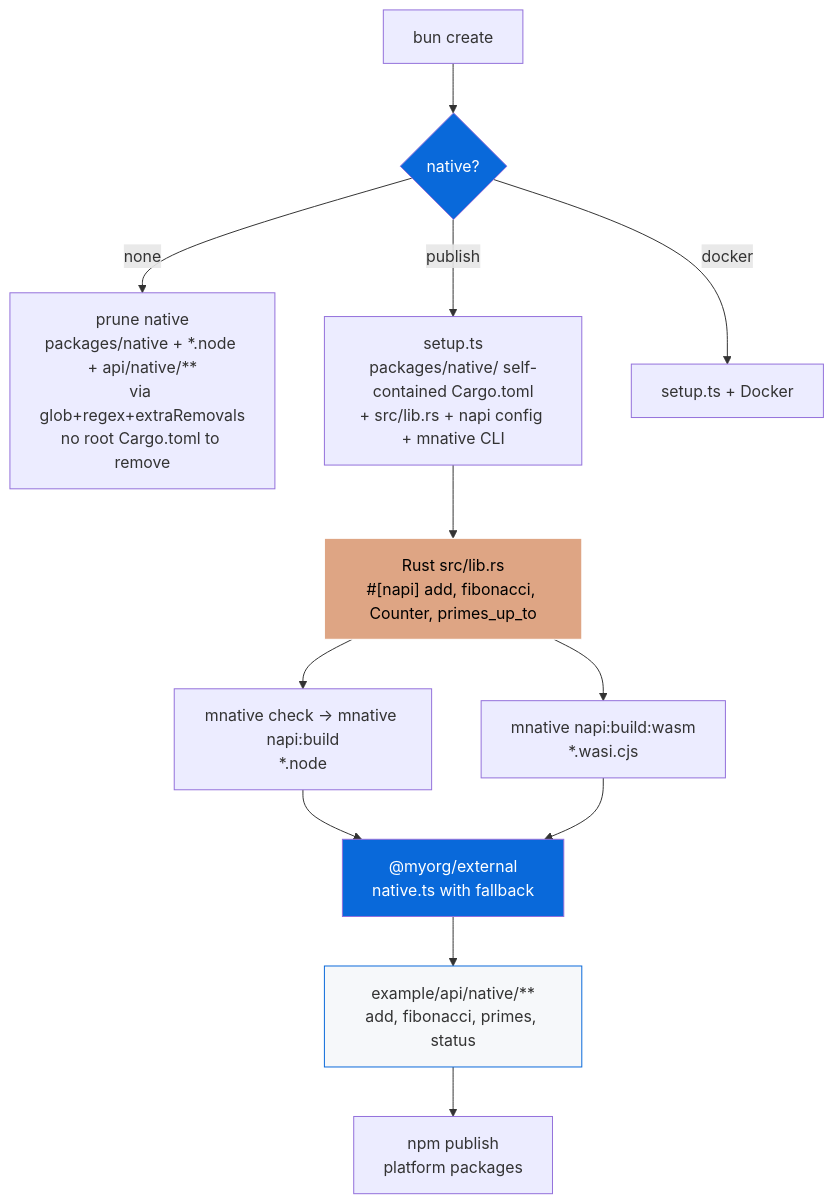
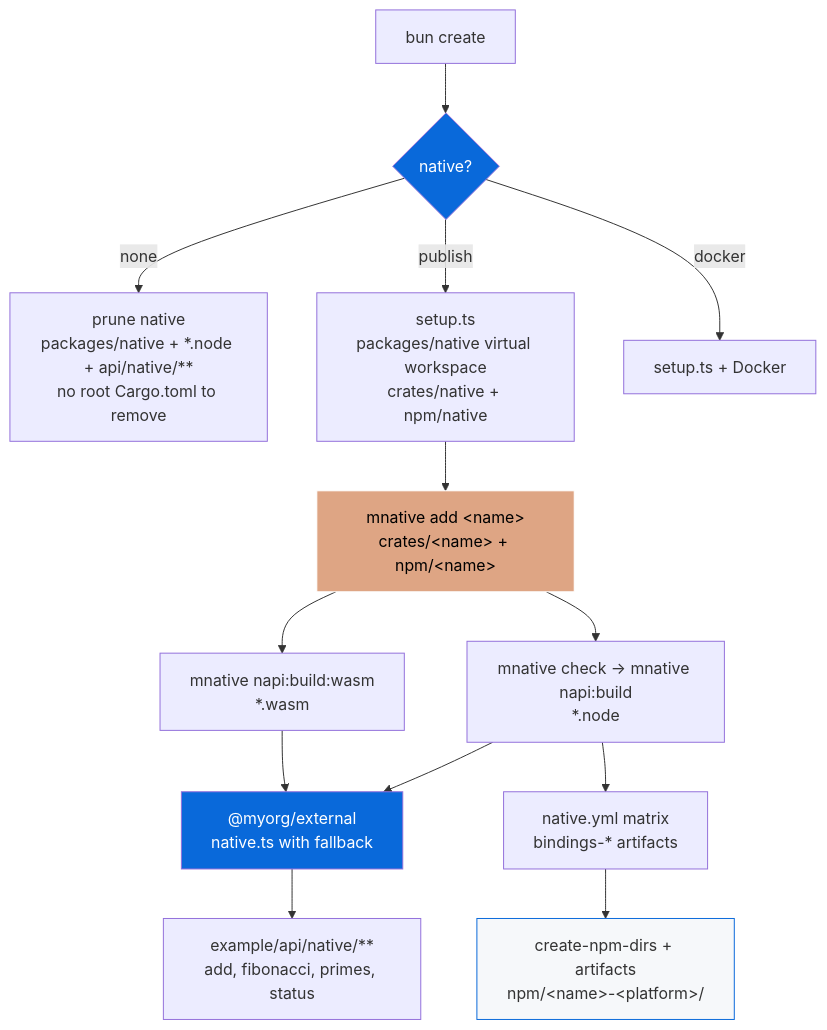
The diagram in configs/native/README.md (Archont561/ts-monorepo-template), drawn with Mermaid before and after one commit. The commit also changed other lines of this file and 16 other files, not shown here.

First line of the commit message:
docs(native): document the workspace layout, CI matrix and docker build

````diff
--- a/configs/native/README.md
+++ b/configs/native/README.md
@@ -134,19 +195,20 @@
 ```mermaid
 graph TD
     A[bun create] --> B{native?}
-    B -->|none| C["prune native<br/>packages/native + *.node + api/native/**<br/>via glob+regex+extraRemovals<br/>no root Cargo.toml to remove"]
-    B -->|publish| D["setup.ts<br/>packages/native/ self-contained Cargo.toml<br/>+ src/lib.rs + napi config + mnative CLI"]
+    B -->|none| C["prune native<br/>packages/native + *.node + api/native/**<br/>no root Cargo.toml to remove"]
+    B -->|publish| D["setup.ts<br/>packages/native virtual workspace<br/>crates/native + npm/native"]
     B -->|docker| E["setup.ts + Docker"]
-    D --> F["Rust src/lib.rs<br/>#[napi] add, fibonacci, Counter, primes_up_to"]
+    D --> F["mnative add &lt;name&gt;<br/>crates/&lt;name&gt; + npm/&lt;name&gt;"]
     F --> G["mnative check → mnative napi:build<br/>*.node"]
-    F --> H["mnative napi:build:wasm<br/>*.wasi.cjs"]
+    F --> H["mnative napi:build:wasm<br/>*.wasm"]
     G --> I["@myorg/external<br/>native.ts with fallback"]
     H --> I
     I --> J["example/api/native/**<br/>add, fibonacci, primes, status"]
-    J --> K["npm publish<br/>platform packages"]
+    G --> K["native.yml matrix<br/>bindings-* artifacts"]
+    K --> L["create-npm-dirs + artifacts<br/>npm/&lt;name&gt;-&lt;platform&gt;/"]
 
     style B fill:#0969DA,color:#fff
     style F fill:#dea584,stroke:#fff,color:#000
     style I fill:#0969DA,color:#fff
-    style J fill:#f6f8fa,stroke:#0969DA
+    style L fill:#f6f8fa,stroke:#0969DA
 ```
````
